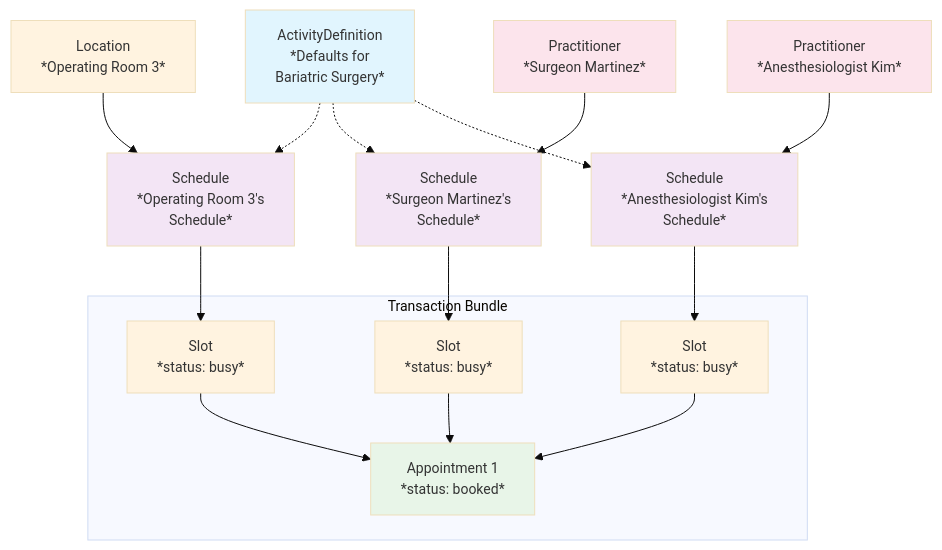
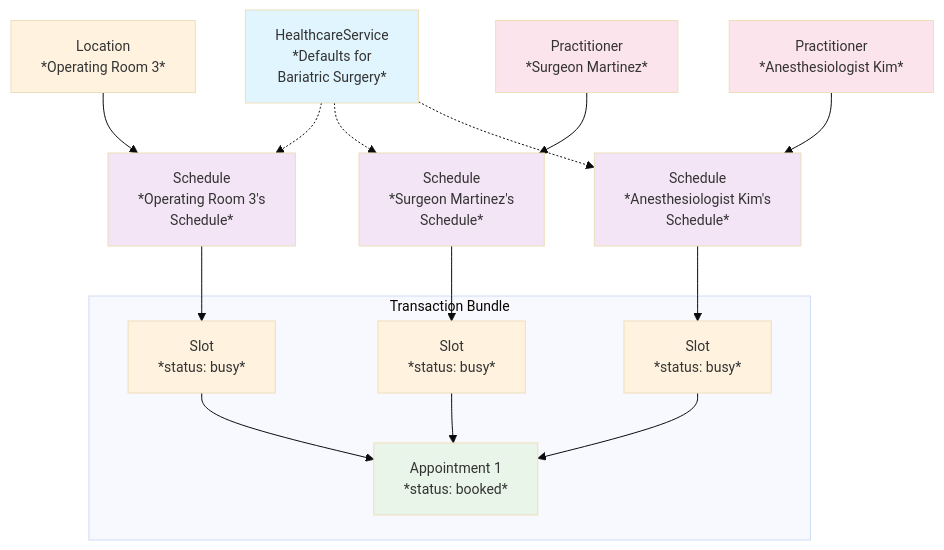
Before and after one commit to medplum/medplum: the fourth of 5 diagrams in packages/docs/docs/scheduling/defining-availability.md, drawn with Mermaid. The commit also changed other lines of this file and 8 other files, not shown here.

First line of the commit message:
Shared Scheduling config lives on HealthcareService

````diff
--- a/packages/docs/docs/scheduling/defining-availability.md
+++ b/packages/docs/docs/scheduling/defining-availability.md
@@ -994,33 +1001,33 @@
 ```mermaid
 %%{init: {'theme':'base', 'themeVariables': {'fontSize':'14px'}, 'flowchart': {'useMaxWidth': false, 'htmlLabels': true}}}%%
 graph TD
-    A[ActivityDefinition<br/>*Defaults for<br/>Bariatric Surgery*] -.-> B1[Schedule<br/>*Operating Room 3's<br/>Schedule*]
+    A[HealthcareService<br/>*Defaults for<br/>Bariatric Surgery*] -.-> B1[Schedule<br/>*Operating Room 3's<br/>Schedule*]
     A -.-> B2[Schedule<br/>*Surgeon Martinez's<br/>Schedule*]
     A -.-> B3[Schedule<br/>*Anesthesiologist Kim's<br/>Schedule*]
 
     C1[Location<br/>*Operating Room 3*] --> B1
     C2[Practitioner<br/>*Surgeon Martinez*] --> B2
     C3[Practitioner<br/>*Anesthesiologist Kim*] --> B3
 
     B1 --> D1[Slot<br/>*status: busy*]
     B2 --> D2[Slot<br/>*status: busy*]
     B3 --> D3[Slot<br/>*status: busy*]
 
     subgraph "Transaction Bundle"
         D1 --> E1[Appointment 1<br/>*status: booked*]
         D2 --> E1
         D3 --> E1
     end
 
     style A fill:#e1f5fe
     style B1 fill:#f3e5f5
     style B2 fill:#f3e5f5
     style B3 fill:#f3e5f5
     style C1 fill:#fff3e0
     style C2 fill:#fce4ec
     style C3 fill:#fce4ec
     style D1 fill:#fff3e0
     style D2 fill:#fff3e0
     style D3 fill:#fff3e0
     style E1 fill:#e8f5e8
 ```
````
